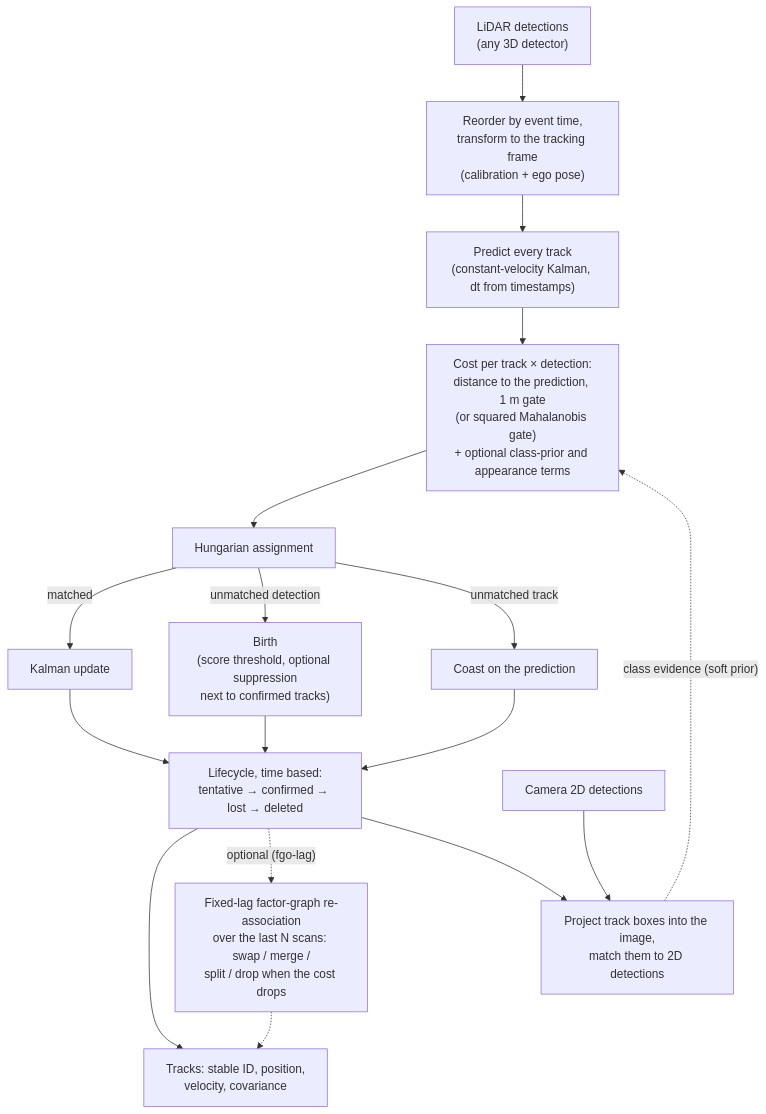
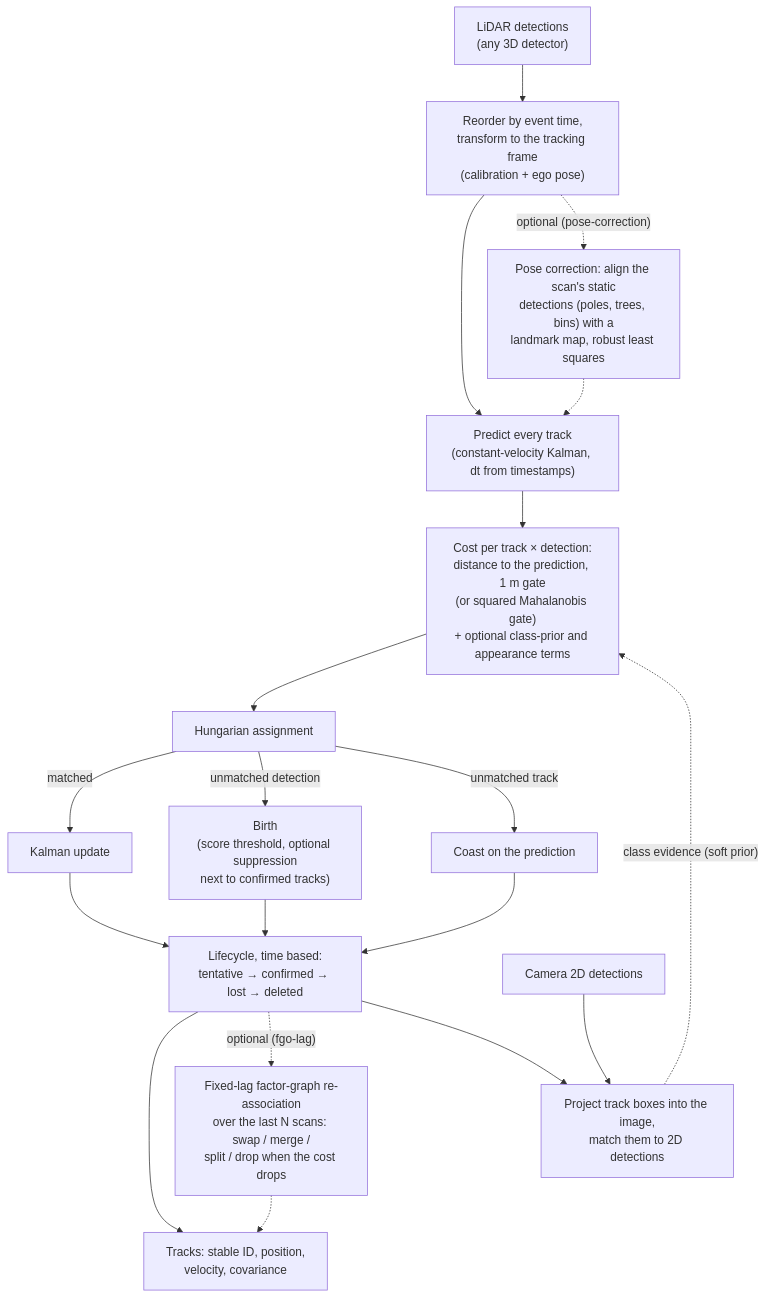
One commit to rsasaki0109/factor-tracker changed the diagram in README.md. Above: the diagram before and after it, drawn with Mermaid. The commit also changed other lines of this file and 23 other files, not shown here.

````diff
--- a/README.md
+++ b/README.md
@@ -50,19 +57,21 @@
 ```mermaid
 flowchart TD
   L["LiDAR detections<br/>(any 3D detector)"] --> N["Reorder by event time,<br/>transform to the tracking frame<br/>(calibration + ego pose)"]
   N --> P["Predict every track<br/>(constant-velocity Kalman, dt from timestamps)"]
+  N -.->|"optional (pose-correction)"| PC["Pose correction: align the scan's static<br/>detections (poles, trees, bins) with a<br/>landmark map, robust least squares"]
+  PC -.-> P
   P --> C["Cost per track × detection:<br/>distance to the prediction, 1 m gate<br/>(or squared Mahalanobis gate)<br/>+ optional class-prior and appearance terms"]
   C --> H["Hungarian assignment"]
   H -->|matched| U["Kalman update"]
   H -->|unmatched detection| B["Birth<br/>(score threshold, optional suppression<br/>next to confirmed tracks)"]
   H -->|unmatched track| M["Coast on the prediction"]
   U --> LC
   B --> LC
   M --> LC["Lifecycle, time based:<br/>tentative → confirmed → lost → deleted"]
   LC --> O["Tracks: stable ID, position,<br/>velocity, covariance"]
   LC -.->|"optional (fgo-lag)"| F["Fixed-lag factor-graph re-association<br/>over the last N scans: swap / merge /<br/>split / drop when the cost drops"]
   F -.-> O
   CAM["Camera 2D detections"] --> A["Project track boxes into the image,<br/>match them to 2D detections"]
   LC --> A
   A -.->|"class evidence (soft prior)"| C
 ```
````
